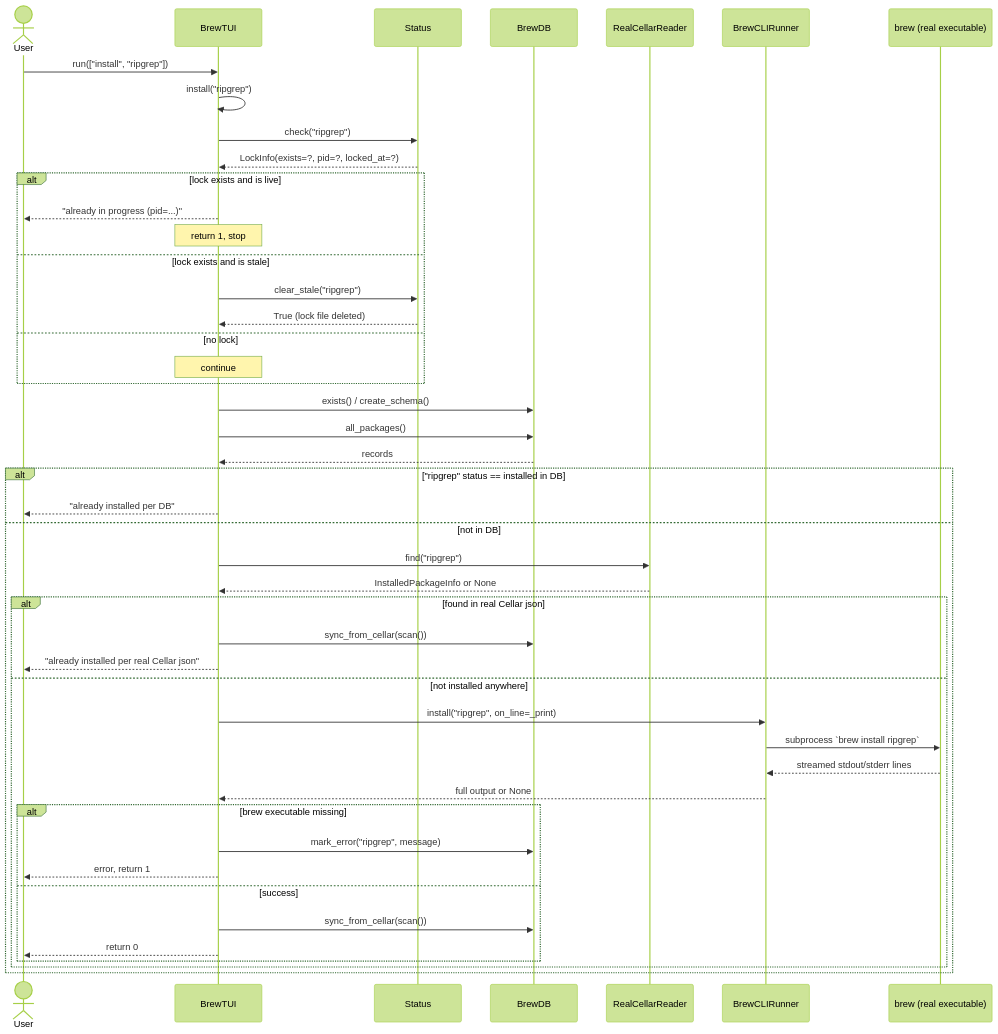
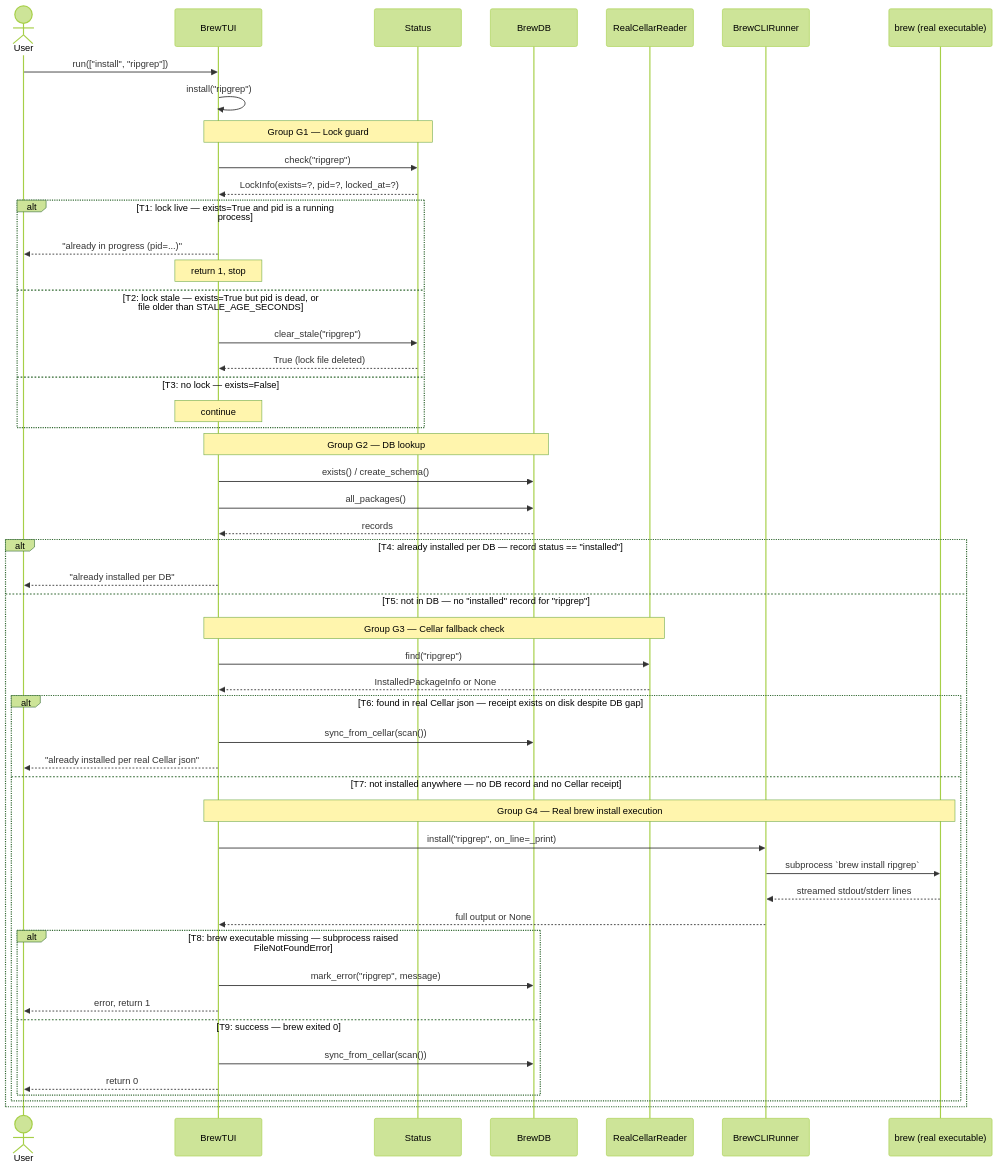
One commit to itd22/brew-tui changed the third of 4 diagrams in docs/FLOW.md. Above: the diagram before and after it, drawn with Mermaid (forest theme). The commit also changed other lines of this file, not shown here.

Commit message:
add Flow.md with transition groups

````diff
--- a/docs/FLOW.md
+++ b/docs/FLOW.md
@@ -103,54 +103,59 @@
 ```mermaid
 sequenceDiagram
     actor User
     participant TUI as BrewTUI
     participant ST as Status
     participant DB as BrewDB
     participant CR as RealCellarReader
     participant CLI as BrewCLIRunner
     participant Brew as brew (real executable)
 
     User->>TUI: run(["install", "ripgrep"])
     TUI->>TUI: install("ripgrep")
+
+    Note over TUI,ST: Group G1 — Lock guard
     TUI->>ST: check("ripgrep")
     ST-->>TUI: LockInfo(exists=?, pid=?, locked_at=?)
 
-    alt lock exists and is live
-        TUI-->>User: "already in progress (pid=...)" 
+    alt T1: lock live — exists=True and pid is a running process
+        TUI-->>User: "already in progress (pid=...)"
         Note over TUI: return 1, stop
-    else lock exists and is stale
+    else T2: lock stale — exists=True but pid is dead, or file older than STALE_AGE_SECONDS
         TUI->>ST: clear_stale("ripgrep")
         ST-->>TUI: True (lock file deleted)
-    else no lock
+    else T3: no lock — exists=False
         Note over TUI: continue
     end
 
+    Note over TUI,DB: Group G2 — DB lookup
     TUI->>DB: exists() / create_schema()
     TUI->>DB: all_packages()
     DB-->>TUI: records
 
-    alt "ripgrep" status == installed in DB
+    alt T4: already installed per DB — record status == "installed"
         TUI-->>User: "already installed per DB"
-    else not in DB
+    else T5: not in DB — no "installed" record for "ripgrep"
+        Note over TUI,CR: Group G3 — Cellar fallback check
         TUI->>CR: find("ripgrep")
         CR-->>TUI: InstalledPackageInfo or None
 
-        alt found in real Cellar json
+        alt T6: found in real Cellar json — receipt exists on disk despite DB gap
             TUI->>DB: sync_from_cellar(scan())
             TUI-->>User: "already installed per real Cellar json"
-        else not installed anywhere
+        else T7: not installed anywhere — no DB record and no Cellar receipt
+            Note over TUI,Brew: Group G4 — Real brew install execution
             TUI->>CLI: install("ripgrep", on_line=_print)
             CLI->>Brew: subprocess `brew install ripgrep`
             Brew-->>CLI: streamed stdout/stderr lines
             CLI-->>TUI: full output or None
 
-            alt brew executable missing
+            alt T8: brew executable missing — subprocess raised FileNotFoundError
                 TUI->>DB: mark_error("ripgrep", message)
                 TUI-->>User: error, return 1
-            else success
+            else T9: success — brew exited 0
                 TUI->>DB: sync_from_cellar(scan())
                 TUI-->>User: return 0
             end
         end
     end
 ```
````
